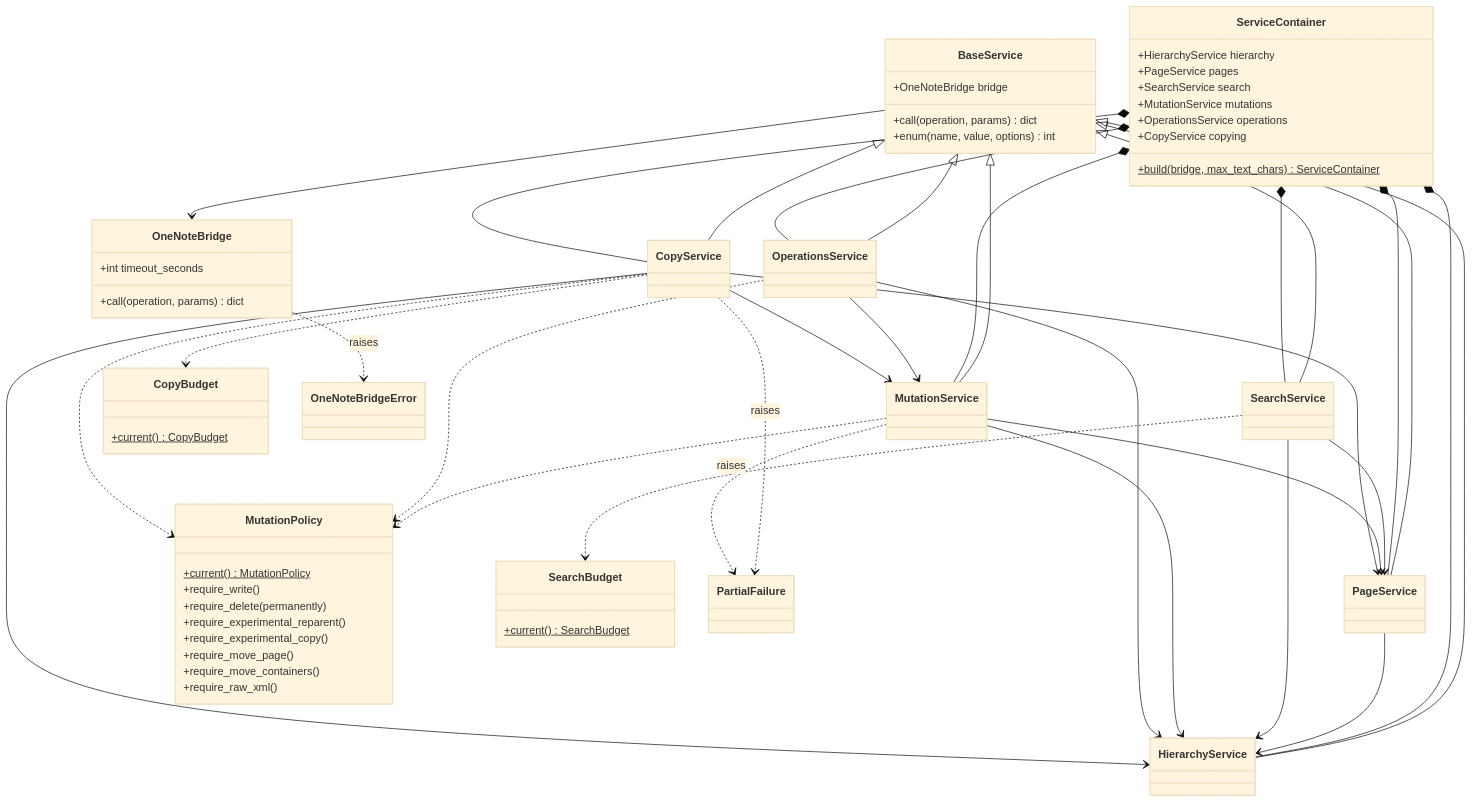
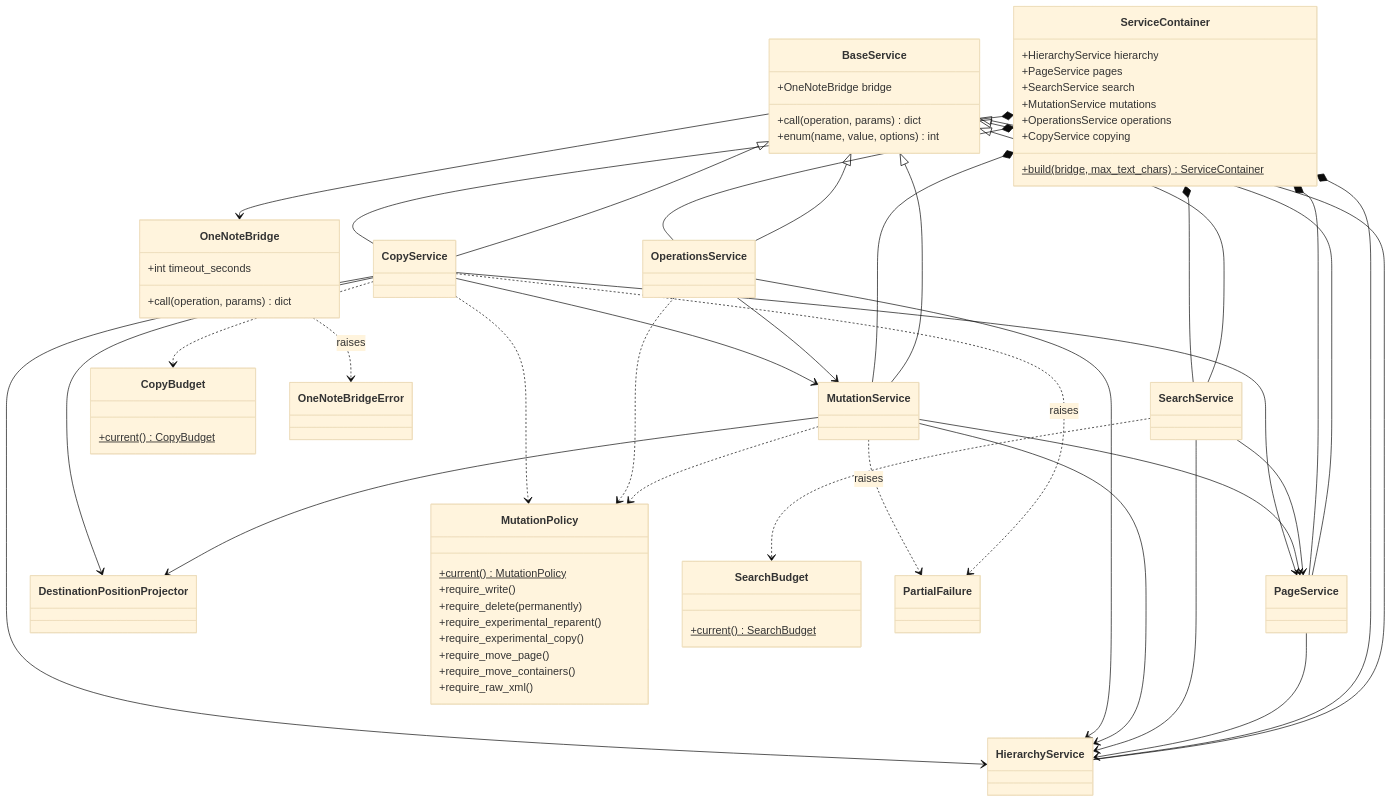
Before and after one commit to Kaomsos/onenote-com-mcp: the second of 6 diagrams in docs/design/architecture.md, drawn with Mermaid (base theme). The commit also changed other lines of this file and 16 other files, not shown here.

````diff
--- a/docs/design/architecture.md
+++ b/docs/design/architecture.md
@@ -96,77 +96,80 @@
 ```mermaid
 classDiagram
     class ServiceContainer {
         +HierarchyService hierarchy
         +PageService pages
         +SearchService search
         +MutationService mutations
         +OperationsService operations
         +CopyService copying
         +build(bridge, max_text_chars)$ ServiceContainer
     }
     class BaseService {
         +OneNoteBridge bridge
         +call(operation, params) dict
         +enum(name, value, options) int
     }
     class HierarchyService
     class PageService
     class SearchService
     class MutationService
     class OperationsService
     class CopyService
+    class DestinationPositionProjector
     class OneNoteBridge {
         +int timeout_seconds
         +call(operation, params) dict
     }
     class MutationPolicy {
         +current()$ MutationPolicy
         +require_write()
         +require_delete(permanently)
         +require_experimental_reparent()
         +require_experimental_copy()
         +require_move_page()
         +require_move_containers()
         +require_raw_xml()
     }
     class SearchBudget {
         +current()$ SearchBudget
     }
     class CopyBudget {
         +current()$ CopyBudget
     }
     class PartialFailure
     class OneNoteBridgeError
 
     BaseService <|-- HierarchyService
     BaseService <|-- PageService
     BaseService <|-- SearchService
     BaseService <|-- MutationService
     BaseService <|-- OperationsService
     BaseService <|-- CopyService
+    MutationService --> DestinationPositionProjector
+    CopyService --> DestinationPositionProjector
     ServiceContainer *-- HierarchyService
     ServiceContainer *-- PageService
     ServiceContainer *-- SearchService
     ServiceContainer *-- MutationService
     ServiceContainer *-- OperationsService
     ServiceContainer *-- CopyService
     PageService --> HierarchyService
     SearchService --> HierarchyService
     SearchService --> PageService
     MutationService --> HierarchyService
     MutationService --> PageService
     OperationsService --> HierarchyService
     OperationsService --> MutationService
     CopyService --> HierarchyService
     CopyService --> PageService
     CopyService --> MutationService
     BaseService --> OneNoteBridge
     MutationService ..> MutationPolicy
     OperationsService ..> MutationPolicy
     SearchService ..> SearchBudget
     CopyService ..> MutationPolicy
     CopyService ..> CopyBudget
     CopyService ..> PartialFailure : raises
     MutationService ..> PartialFailure : raises
     OneNoteBridge ..> OneNoteBridgeError : raises
 ```
````
